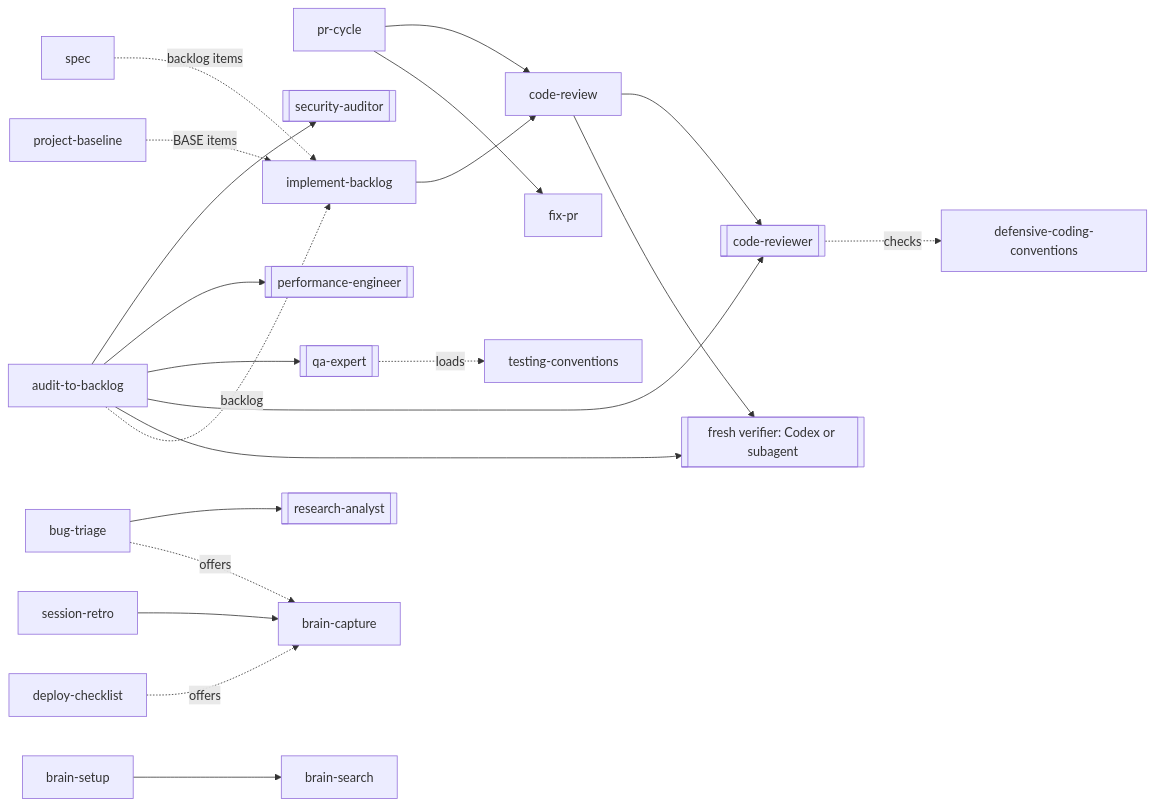
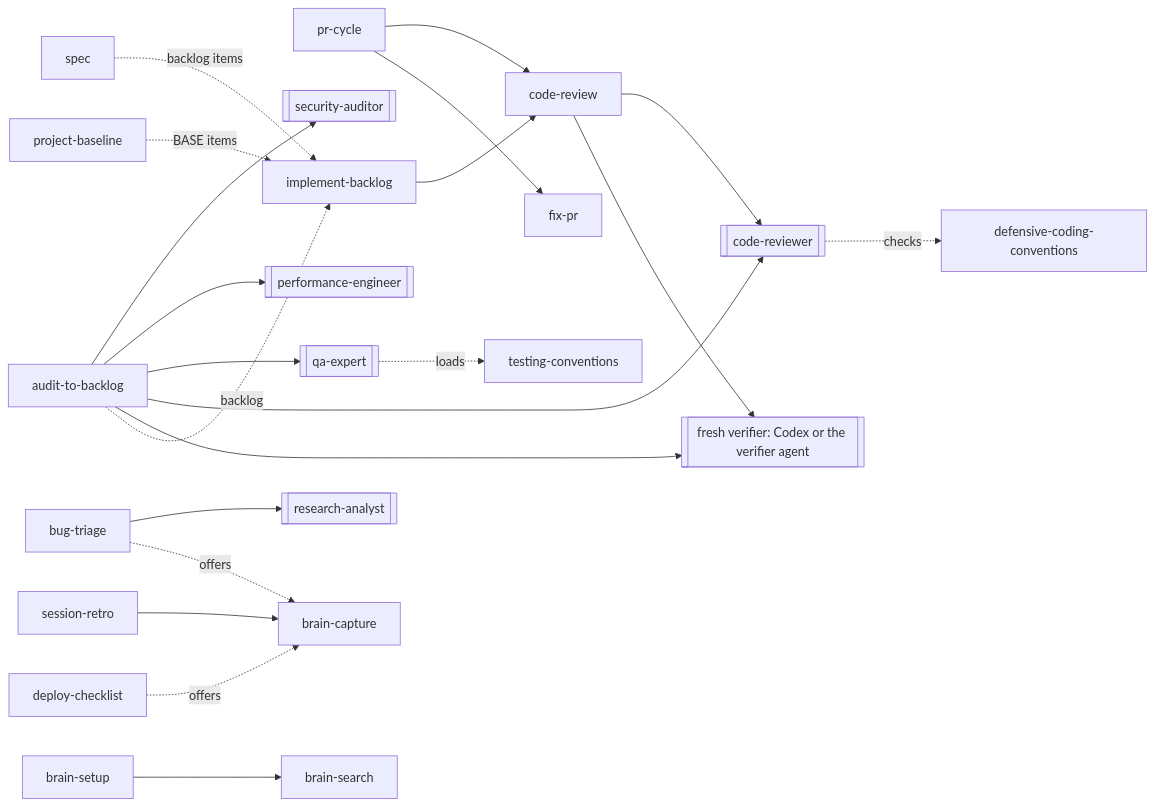
The second of 2 diagrams in docs/architecture/overview.md (msolecki/developer-os), drawn with Mermaid before and after one commit. The commit also changed other lines of this file and 37 other files, not shown here.

First line of the commit message:
Session 2: read-only verifier agent, guard brace expansion, safe installer backup, nudge and state-card fixes (#82)

````diff
--- a/docs/architecture/overview.md
+++ b/docs/architecture/overview.md
@@ -93,23 +93,23 @@
 ```mermaid
 flowchart LR
   pr-cycle --> code-review
   pr-cycle --> fix-pr
   code-review --> code-reviewer[[code-reviewer]]
-  code-review --> verifier[[fresh verifier: Codex or subagent]]
+  code-review --> verifier[[fresh verifier: Codex or the verifier agent]]
   audit-to-backlog --> security-auditor[[security-auditor]]
   audit-to-backlog --> performance-engineer[[performance-engineer]]
   audit-to-backlog --> qa-expert[[qa-expert]]
   audit-to-backlog --> code-reviewer
   audit-to-backlog --> verifier
   implement-backlog --> code-review
   bug-triage --> research-analyst[[research-analyst]]
   spec -. backlog items .-> implement-backlog
   audit-to-backlog -. backlog .-> implement-backlog
   project-baseline -. BASE items .-> implement-backlog
   session-retro --> brain-capture
   brain-setup --> brain-search
   bug-triage -. offers .-> brain-capture
   deploy-checklist -. offers .-> brain-capture
   code-reviewer -. checks .-> defensive-coding-conventions
   qa-expert -. loads .-> testing-conventions
 ```
````
